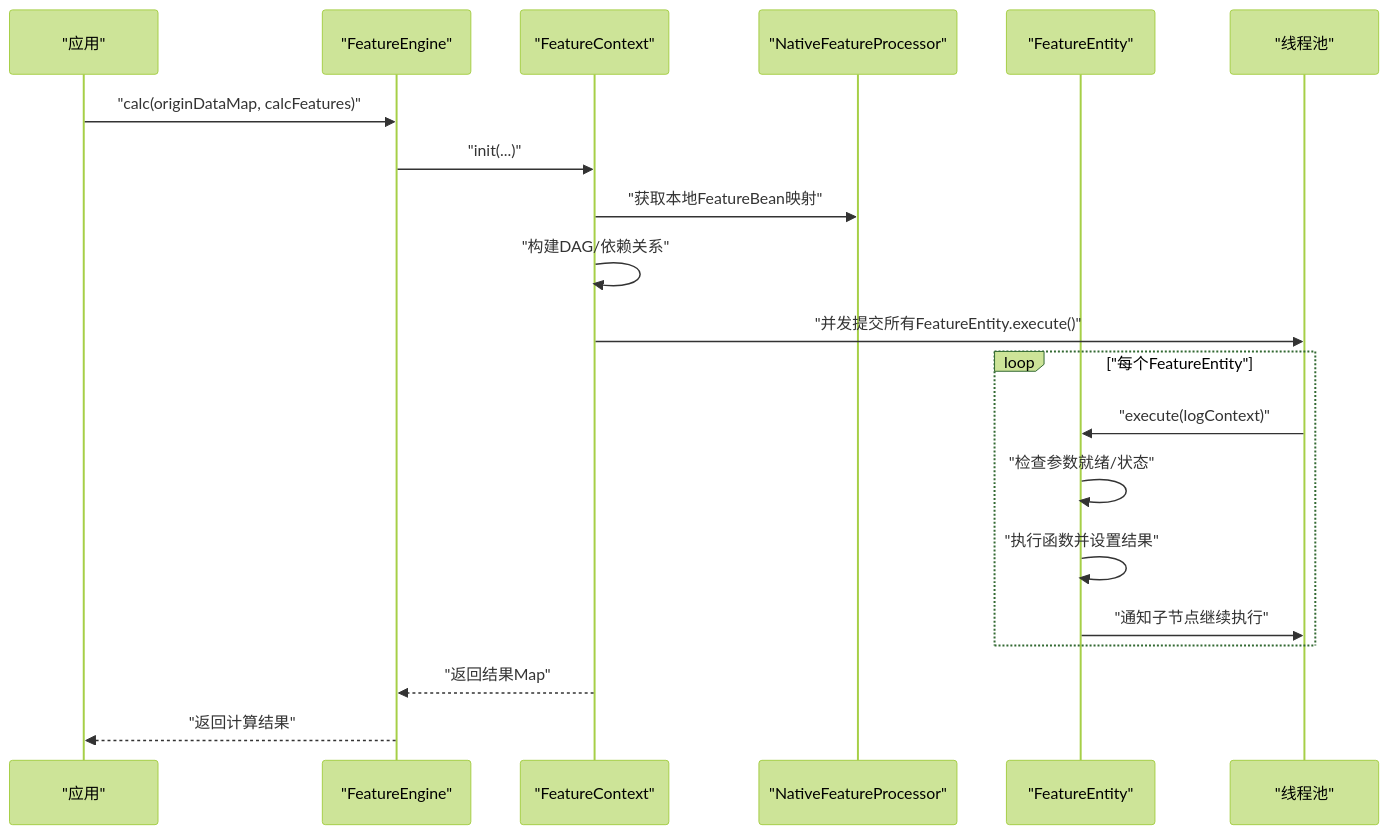
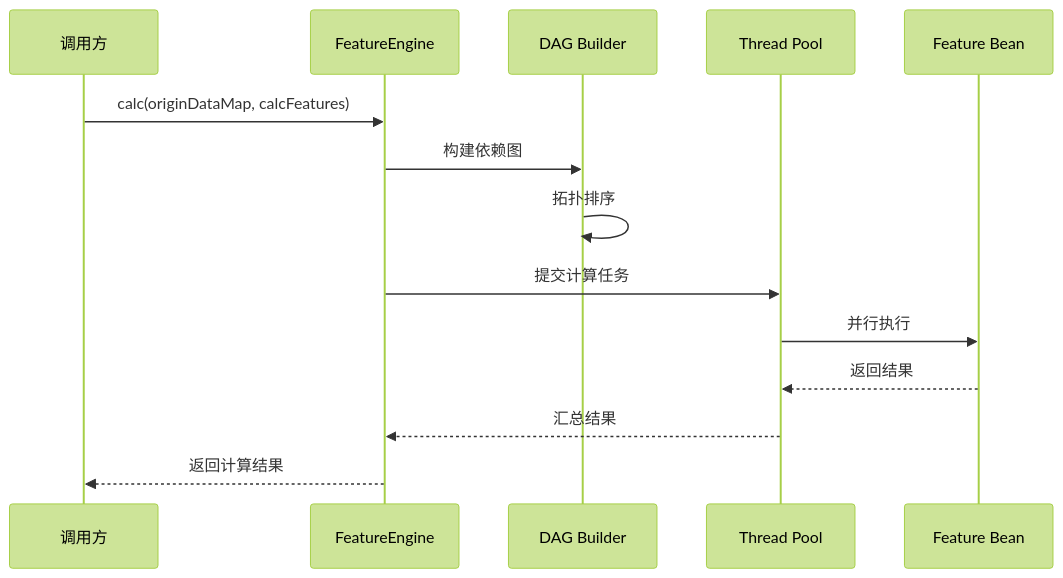
Before and after one commit to txzhanghuan/feature: the fourth of 9 diagrams in .qoder/repowiki/zh/content/项目概述.md, drawn with Mermaid (forest theme). The commit also changed other lines of this file and 48 other files, not shown here.

````diff
--- a/.qoder/repowiki/zh/content/项目概述.md
+++ b/.qoder/repowiki/zh/content/项目概述.md
@@ -143,22 +184,16 @@
 ```mermaid
 sequenceDiagram
-participant App as "应用"
-participant Engine as "FeatureEngine"
-participant Ctx as "FeatureContext"
-participant Proc as "NativeFeatureProcessor"
-participant Ent as "FeatureEntity"
-participant Pool as "线程池"
-App->>Engine : "calc(originDataMap, calcFeatures)"
-Engine->>Ctx : "init(...)"
-Ctx->>Proc : "获取本地FeatureBean映射"
-Ctx->>Ctx : "构建DAG/依赖关系"
-Ctx->>Pool : "并发提交所有FeatureEntity.execute()"
-loop "每个FeatureEntity"
-Pool->>Ent : "execute(logContext)"
-Ent->>Ent : "检查参数就绪/状态"
-Ent->>Ent : "执行函数并设置结果"
-Ent->>Pool : "通知子节点继续执行"
-end
-Ctx-->>Engine : "返回结果Map"
-Engine-->>App : "返回计算结果"
+participant Client as 调用方
+participant Engine as FeatureEngine
+participant DAG as DAG Builder
+participant Pool as Thread Pool
+participant Feature as Feature Bean
+Client->>Engine : calc(originDataMap, calcFeatures)
+Engine->>DAG : 构建依赖图
+DAG->>DAG : 拓扑排序
+Engine->>Pool : 提交计算任务
+Pool->>Feature : 并行执行
+Feature-->>Pool : 返回结果
+Pool-->>Engine : 汇总结果
+Engine-->>Client : 返回计算结果
 ```
````
